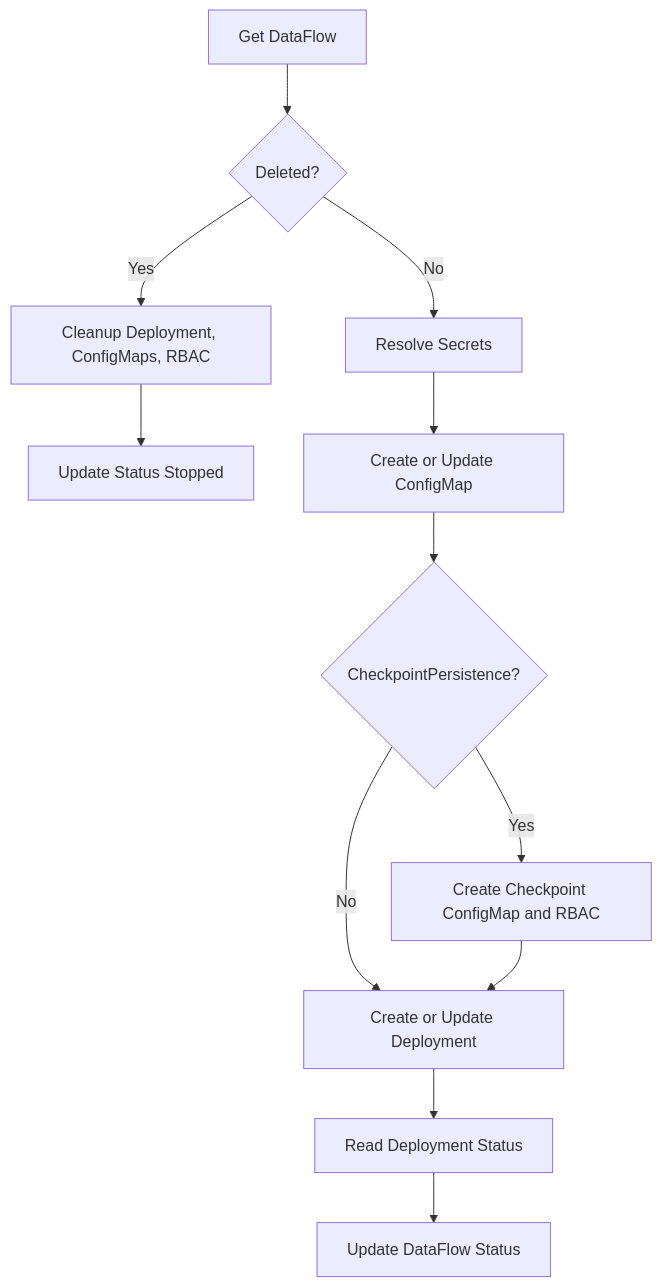
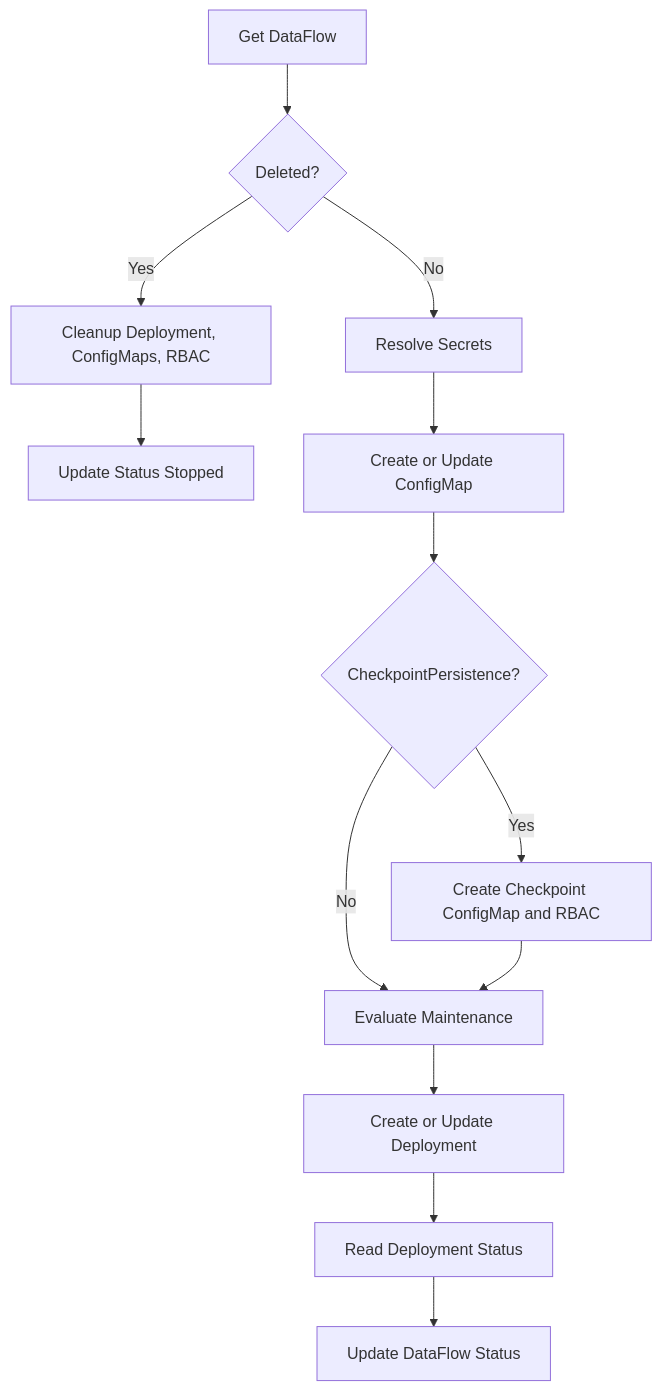
Before and after one commit to dataflow-operator/docs: the diagram in docs/en/dataflow/lifecycle.md, drawn with Mermaid. The commit also changed other lines of this file and 13 other files, not shown here.

````diff
--- a/docs/en/dataflow/lifecycle.md
+++ b/docs/en/dataflow/lifecycle.md
@@ -37,14 +38,15 @@
 ```mermaid
 flowchart TD
   A[Get DataFlow] --> B{Deleted?}
   B -->|Yes| C[Cleanup Deployment, ConfigMaps, RBAC]
   C --> D[Update Status Stopped]
   B -->|No| E[Resolve Secrets]
   E --> F[Create or Update ConfigMap]
   F --> F2{CheckpointPersistence?}
   F2 -->|Yes| F3[Create Checkpoint ConfigMap and RBAC]
   F2 -->|No| G
-  F3 --> G[Create or Update Deployment]
-  G --> H[Read Deployment Status]
+  F3 --> G[Evaluate Maintenance]
+  G --> G2[Create or Update Deployment]
+  G2 --> H[Read Deployment Status]
   H --> I[Update DataFlow Status]
 ```
````
